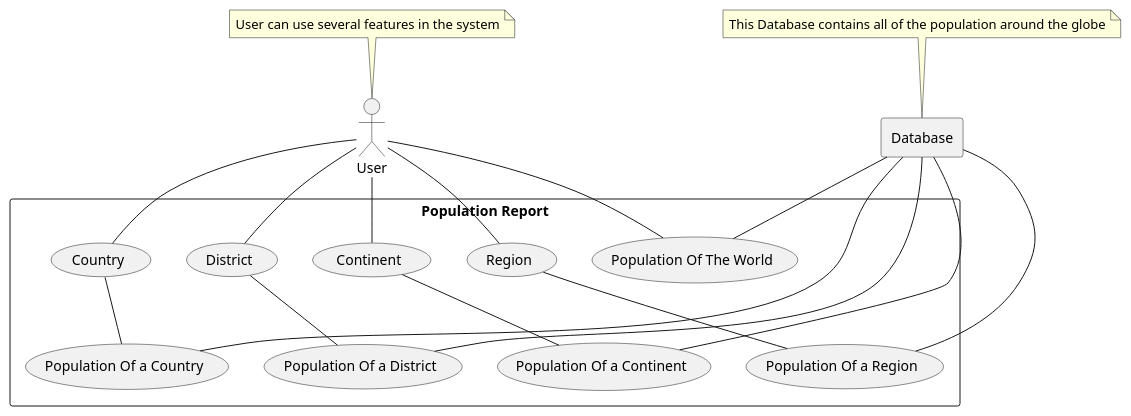
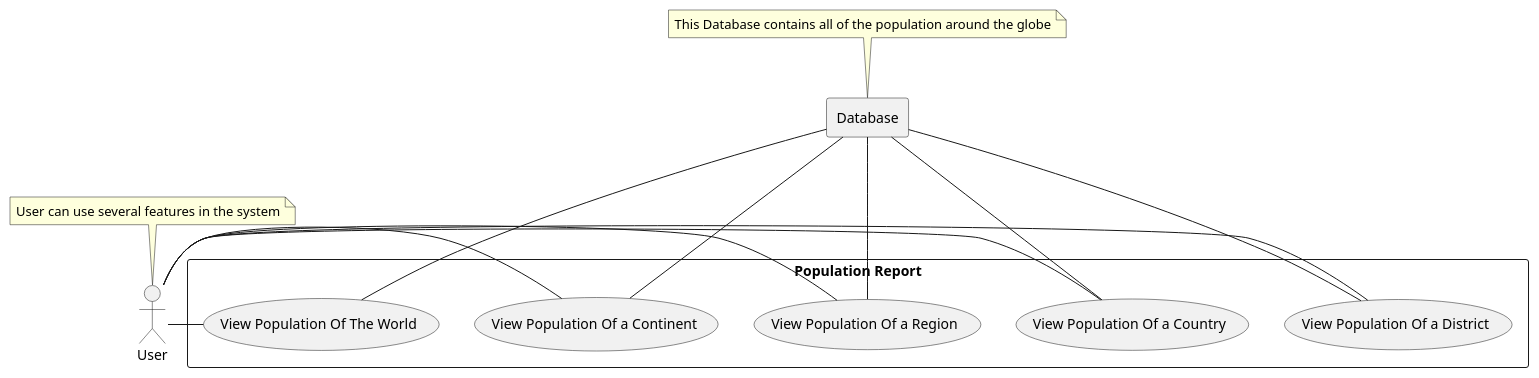
One commit to 40437404/DevOps_SET09623 changed the diagram in use-cases/PopulationReport.puml. Above: the diagram before and after it, drawn with PlantUML. The commit also changed 9 other files, not shown here.

Commit message:
UseCase Diagrams Updated

```diff
--- a/use-cases/PopulationReport.puml
+++ b/use-cases/PopulationReport.puml
@@ -1,31 +1,23 @@
 @startuml
     actor user as "User"
     note top of user: User can use several features in the system
     rectangle db as "Database"
     note top of db: This Database contains all of the population around the globe
     rectangle "Population Report"{
-        usecase P1 as "Population Of The World"
-        usecase P2 as "Population Of a Continent"
-        usecase continent as "Continent"
-        usecase region as "Region"
-        usecase country as "Country"
-        usecase district as "District"
-        usecase P3 as "Population Of a Region"
-        usecase P4 as "Population Of a Country"
-        usecase P5 as "Population Of a District"
-        user -- P1
-        user -- continent
-        user -- region
-        user -- country
-        user -- district
-        continent --P2
-        region -- P3
-        country -- P4
-        district -- P5
-        db -- P1
-        db -- P2
-        db -- P3
-        db -- P4
-        db -- P5
+        usecase P1 as "View Population Of The World"
+        usecase P2 as "View Population Of a Continent"
+        usecase P3 as "View Population Of a Region"
+        usecase P4 as "View Population Of a Country"
+        usecase P5 as "View Population Of a District"
+        user - P1
+        user -P2
+        user - P3
+        user - P4
+        user - P5
+        db --- P1
+        db --- P2
+        db --- P3
+        db --- P4
+        db --- P5
     }
 @enduml
```
